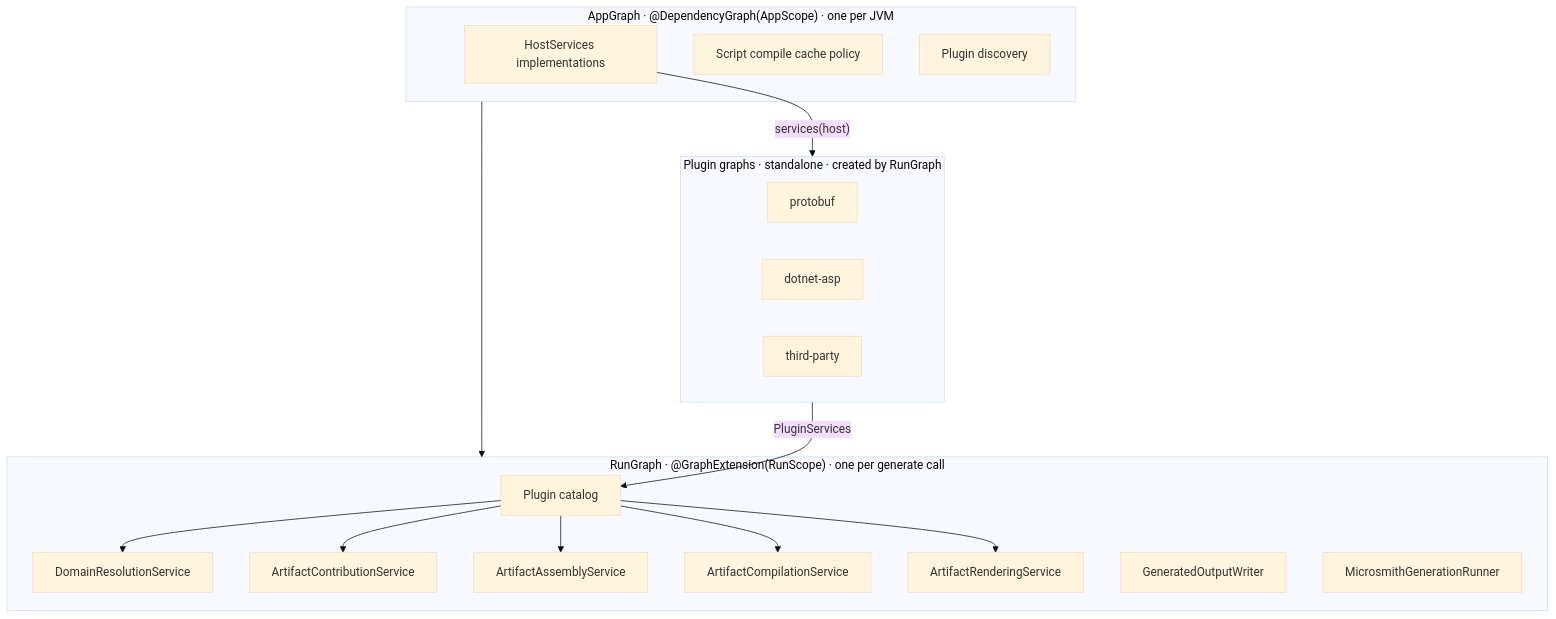
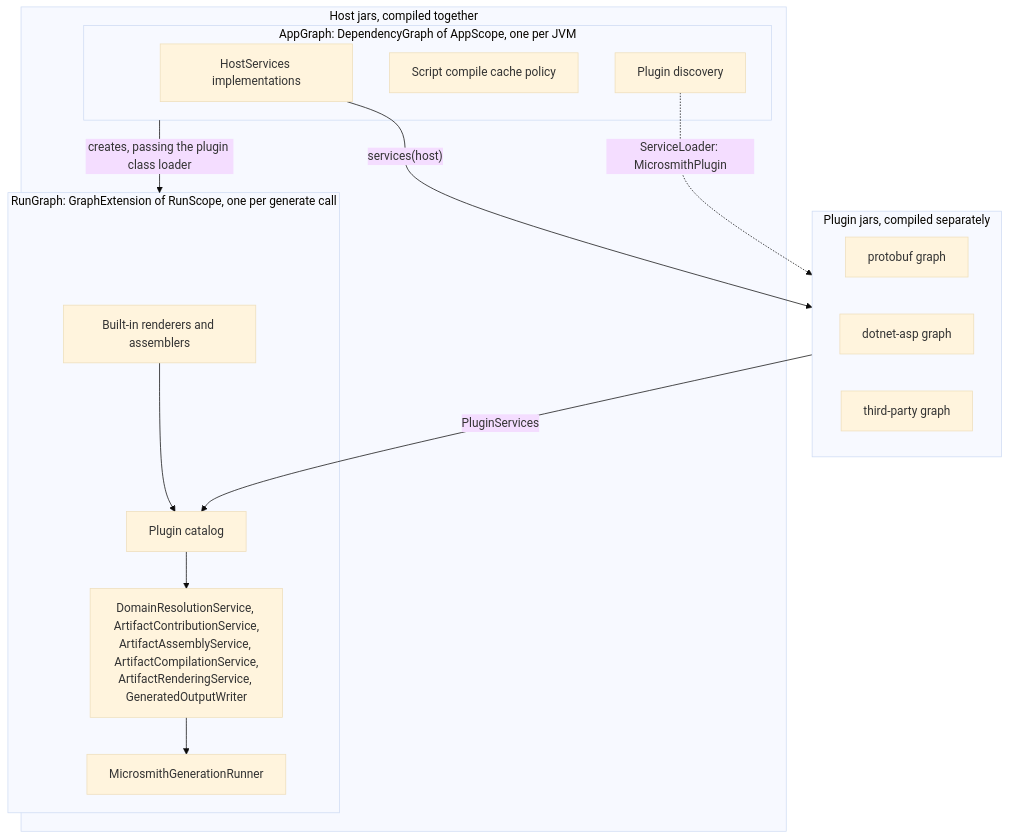
Before and after one commit to LMLiam/microsmith: the fourth of 9 diagrams in docs/design/v4-dependency-injection.md, drawn with Mermaid (base theme). The commit also changed other lines of this file, not shown here.

Commit message:
docs: clarify the 4.0 dependency injection design with diagrams

````diff
--- a/docs/design/v4-dependency-injection.md
+++ b/docs/design/v4-dependency-injection.md
@@ -172,27 +290,27 @@
 ```mermaid
 flowchart TB
-    subgraph App["AppGraph · @DependencyGraph(AppScope) · one per JVM"]
-        HS[HostServices implementations]
-        SC[Script compile cache policy]
-        PD[Plugin discovery]
+    subgraph HostSide["Host jars, compiled together"]
+        subgraph AppG["AppGraph: DependencyGraph of AppScope, one per JVM"]
+            HS["HostServices implementations"]
+            SCP["Script compile cache policy"]
+            PD["Plugin discovery"]
+        end
+        subgraph RunG["RunGraph: GraphExtension of RunScope, one per generate call"]
+            BI["Built-in renderers and assemblers"]
+            CAT["Plugin catalog"]
+            SVC["DomainResolutionService, ArtifactContributionService,<br/>ArtifactAssemblyService, ArtifactCompilationService,<br/>ArtifactRenderingService, GeneratedOutputWriter"]
+            RUN["MicrosmithGenerationRunner"]
+            BI --> CAT
+            CAT --> SVC --> RUN
+        end
+        AppG -->|"creates, passing the plugin class loader"| RunG
     end
-    subgraph Run["RunGraph · @GraphExtension(RunScope) · one per generate call"]
-        PC[Plugin catalog]
-        DRS[DomainResolutionService]
-        ACS[ArtifactContributionService]
-        AAS[ArtifactAssemblyService]
-        CMP[ArtifactCompilationService]
-        RND[ArtifactRenderingService]
-        OW[GeneratedOutputWriter]
-        R[MicrosmithGenerationRunner]
+    subgraph PluginSide["Plugin jars, compiled separately"]
+        P1["protobuf graph"]
+        P2["dotnet-asp graph"]
+        P3["third-party graph"]
     end
-    subgraph Plugins["Plugin graphs · standalone · created by RunGraph"]
-        P1[protobuf]
-        P2[dotnet-asp]
-        P3[third-party]
-    end
-    App --> Run
-    HS -- "services(host)" --> Plugins
-    Plugins -- "PluginServices" --> PC
-    PC --> DRS & ACS & AAS & CMP & RND
+    PD -.->|"ServiceLoader: MicrosmithPlugin"| PluginSide
+    HS -->|"services(host)"| PluginSide
+    PluginSide -->|"PluginServices"| CAT
 ```
````
